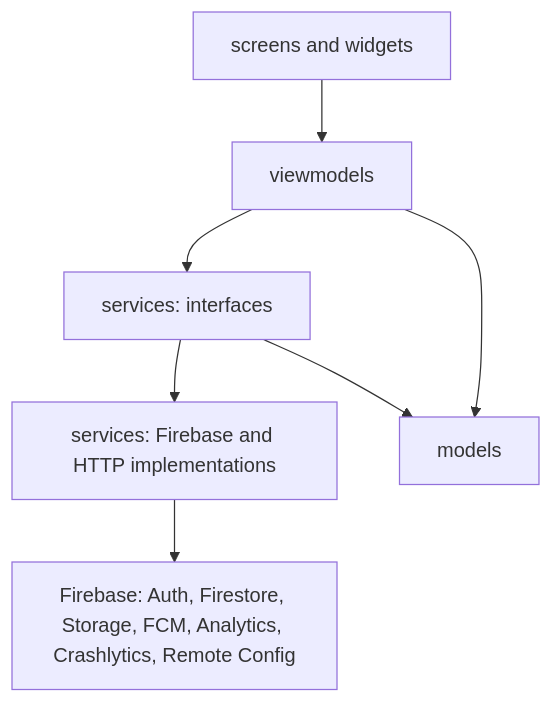
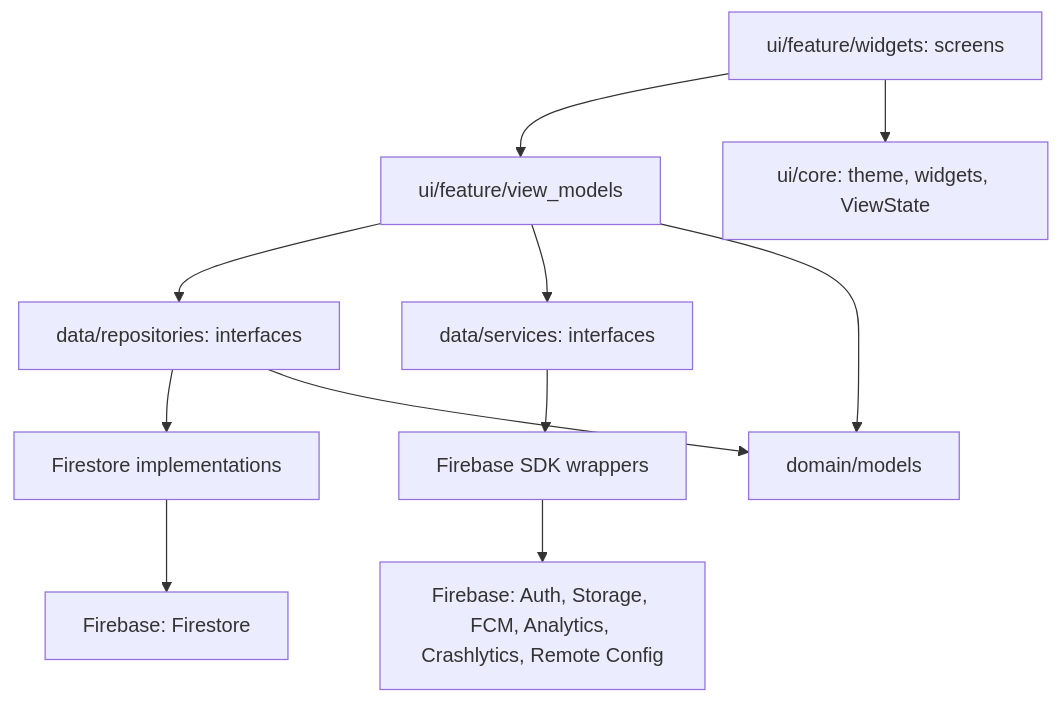
The first of 2 diagrams in docs/architecture.md (baonv0817/PRM393_Lab03_Group2), drawn with Mermaid before and after one commit. The commit also changed other lines of this file and 127 other files, not shown here.

Commit message:
[T20] Update docs for the new architecture

````diff
--- a/docs/architecture.md
+++ b/docs/architecture.md
@@ -26,9 +38,13 @@
 ```mermaid
 graph TD
-    UI[screens and widgets] --> VM[viewmodels]
-    VM --> SVC[services: interfaces]
-    SVC --> IMPL[services: Firebase and HTTP implementations]
-    IMPL --> FB[Firebase: Auth, Firestore, Storage, FCM, Analytics, Crashlytics, Remote Config]
-    VM --> M[models]
-    SVC --> M
+    V[ui/feature/widgets: screens] --> VM[ui/feature/view_models]
+    V --> CORE[ui/core: theme, widgets, ViewState]
+    VM --> R[data/repositories: interfaces]
+    VM --> S[data/services: interfaces]
+    R --> RI[Firestore implementations]
+    S --> SI[Firebase SDK wrappers]
+    RI --> FB[Firebase: Firestore]
+    SI --> FB2[Firebase: Auth, Storage, FCM, Analytics, Crashlytics, Remote Config]
+    VM --> M[domain/models]
+    R --> M
 ```
````
